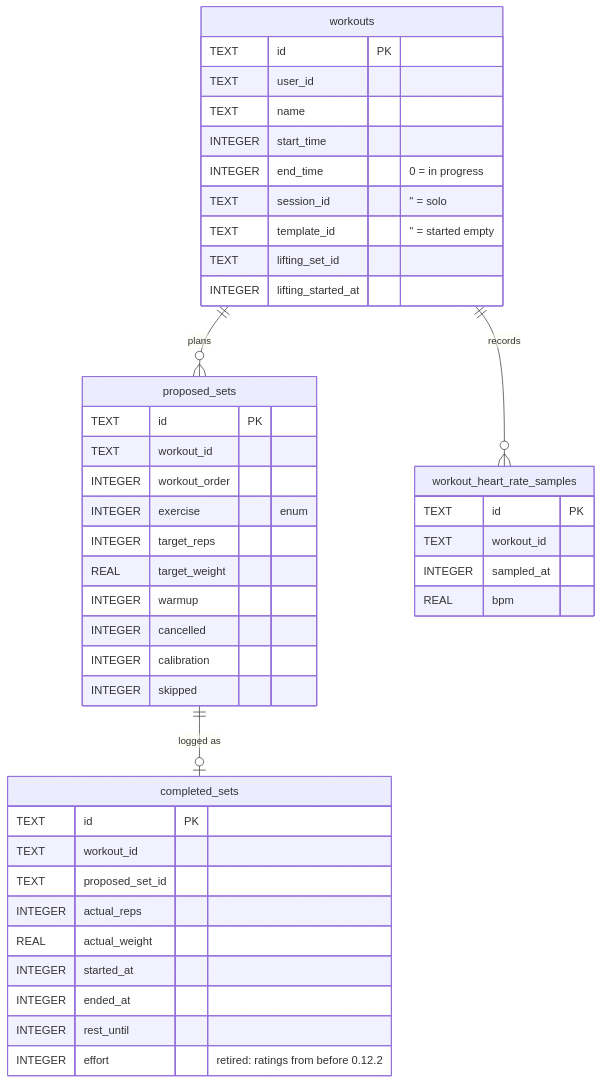
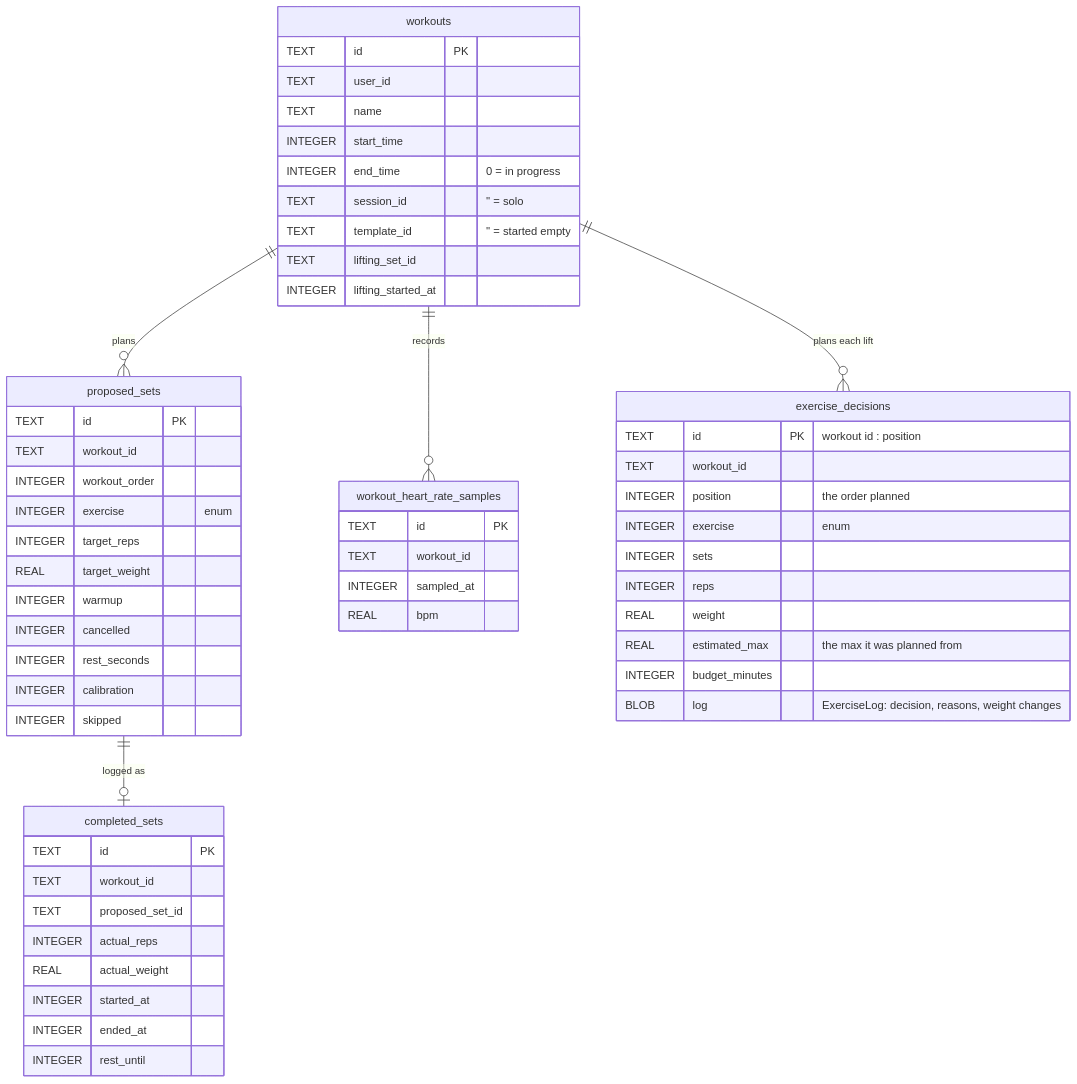
The second of 3 diagrams in docs/architecture/data-model.md (brensch/lift), drawn with Mermaid before and after one commit. The commit also changed other lines of this file and 160 other files, not shown here.

First line of the commit message:
Workouts planned at the start (#86)

````diff
--- a/docs/architecture/data-model.md
+++ b/docs/architecture/data-model.md
@@ -49,47 +53,60 @@
 ```mermaid
 erDiagram
     workouts ||--o{ proposed_sets : "plans"
     proposed_sets ||--o| completed_sets : "logged as"
     workouts ||--o{ workout_heart_rate_samples : "records"
+    workouts ||--o{ exercise_decisions : "plans each lift"
 
     workouts {
         TEXT id PK
         TEXT user_id
         TEXT name
         INTEGER start_time
         INTEGER end_time "0 = in progress"
         TEXT session_id "'' = solo"
         TEXT template_id "'' = started empty"
         TEXT lifting_set_id
         INTEGER lifting_started_at
     }
     proposed_sets {
         TEXT id PK
         TEXT workout_id
         INTEGER workout_order
         INTEGER exercise "enum"
         INTEGER target_reps
         REAL target_weight
         INTEGER warmup
         INTEGER cancelled
+        INTEGER rest_seconds
         INTEGER calibration
         INTEGER skipped
     }
     completed_sets {
         TEXT id PK
         TEXT workout_id
         TEXT proposed_set_id
         INTEGER actual_reps
         REAL actual_weight
         INTEGER started_at
         INTEGER ended_at
         INTEGER rest_until
-        INTEGER effort "retired: ratings from before 0.12.2"
     }
     workout_heart_rate_samples {
         TEXT id PK
         TEXT workout_id
         INTEGER sampled_at
         REAL bpm
     }
+    exercise_decisions {
+        TEXT id PK "workout id : position"
+        TEXT workout_id
+        INTEGER position "the order planned"
+        INTEGER exercise "enum"
+        INTEGER sets
+        INTEGER reps
+        REAL weight
+        REAL estimated_max "the max it was planned from"
+        INTEGER budget_minutes
+        BLOB log "ExerciseLog: decision, reasons, weight changes"
+    }
 ```
````
